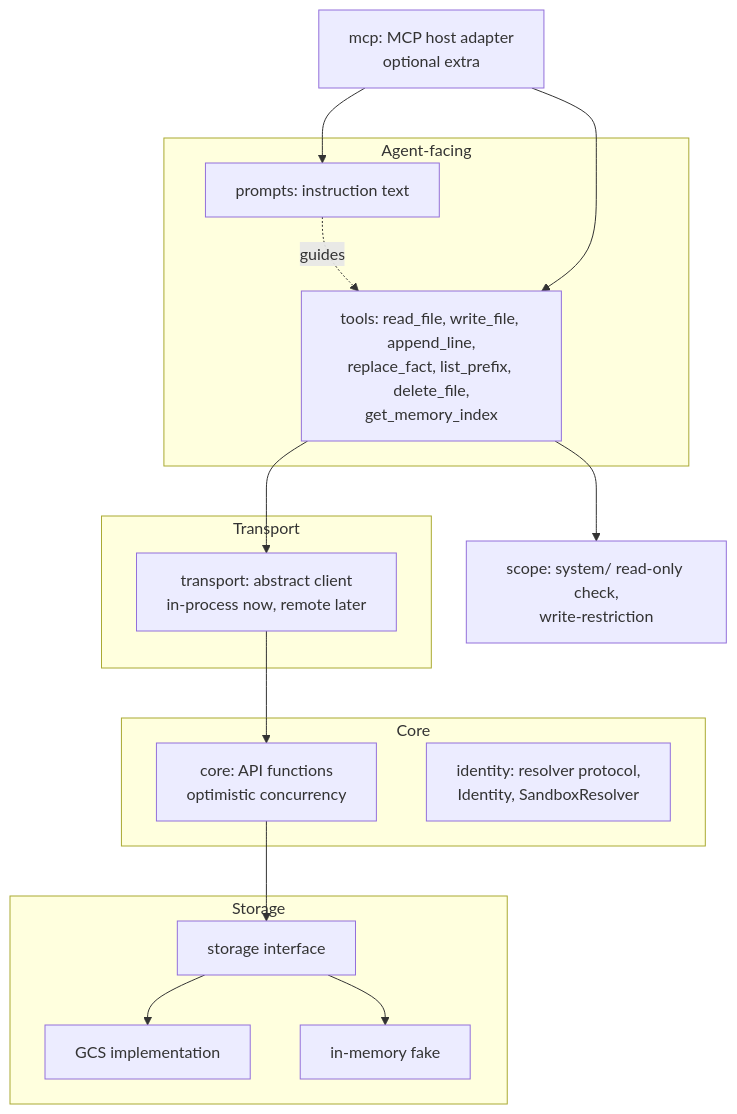
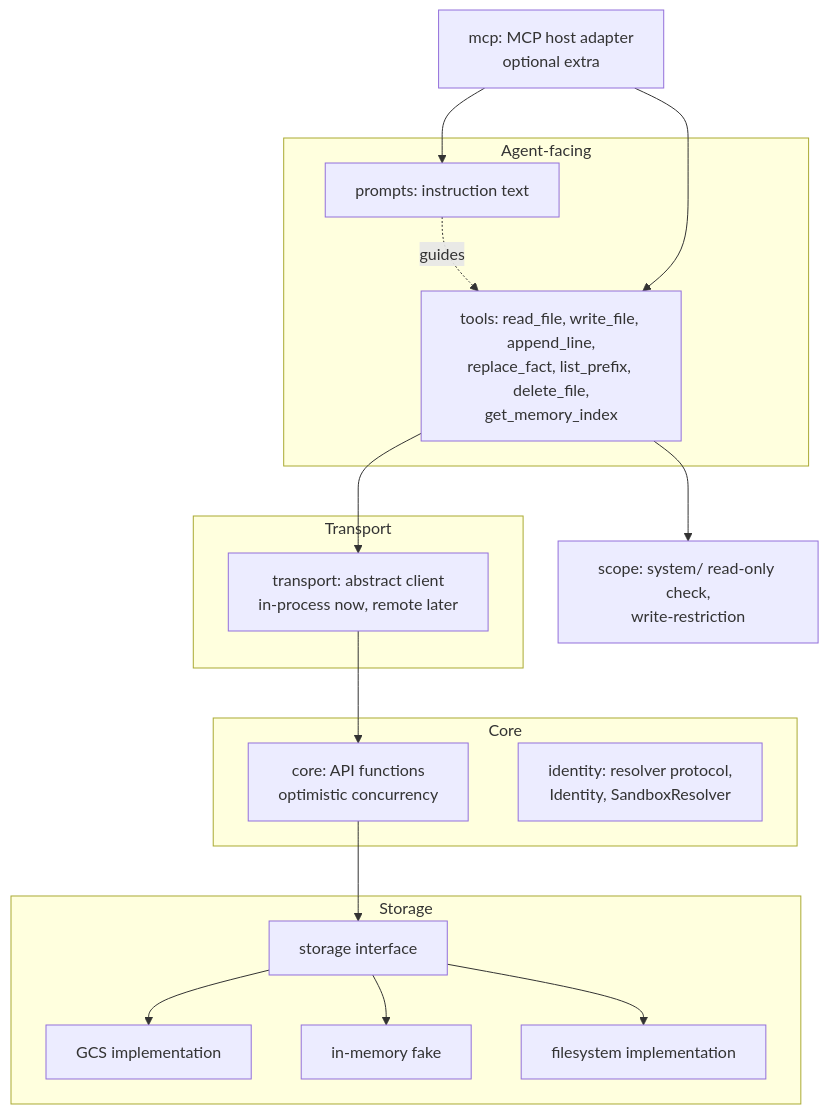
One commit to msiebert/wenchang changed the diagram in ARCHITECTURE.md. Above: the diagram before and after it, drawn with Mermaid. The commit also changed other lines of this file and 12 other files, not shown here.

````diff
--- a/ARCHITECTURE.md
+++ b/ARCHITECTURE.md
@@ -1356,31 +1381,33 @@
 ```mermaid
 flowchart TB
     mcp[mcp: MCP host adapter\noptional extra]
     subgraph Agent-facing
         prompts[prompts: instruction text]
         tools[tools: read_file, write_file, append_line,\nreplace_fact, list_prefix, delete_file,\nget_memory_index]
     end
     subgraph Transport
         transport[transport: abstract client\nin-process now, remote later]
     end
     scope[scope: system/ read-only check,\nwrite-restriction]
     subgraph Core
         core[core: API functions\noptimistic concurrency]
         identity[identity: resolver protocol,\nIdentity, SandboxResolver]
     end
     subgraph Storage
         storageiface[storage interface]
         gcs[GCS implementation]
         fake[in-memory fake]
+        fs[filesystem implementation]
     end
 
     prompts -.guides.-> tools
     mcp --> tools
     mcp --> prompts
     tools --> scope
     tools --> transport
     transport --> core
     core --> storageiface
     storageiface --> gcs
     storageiface --> fake
+    storageiface --> fs
 ```
````
